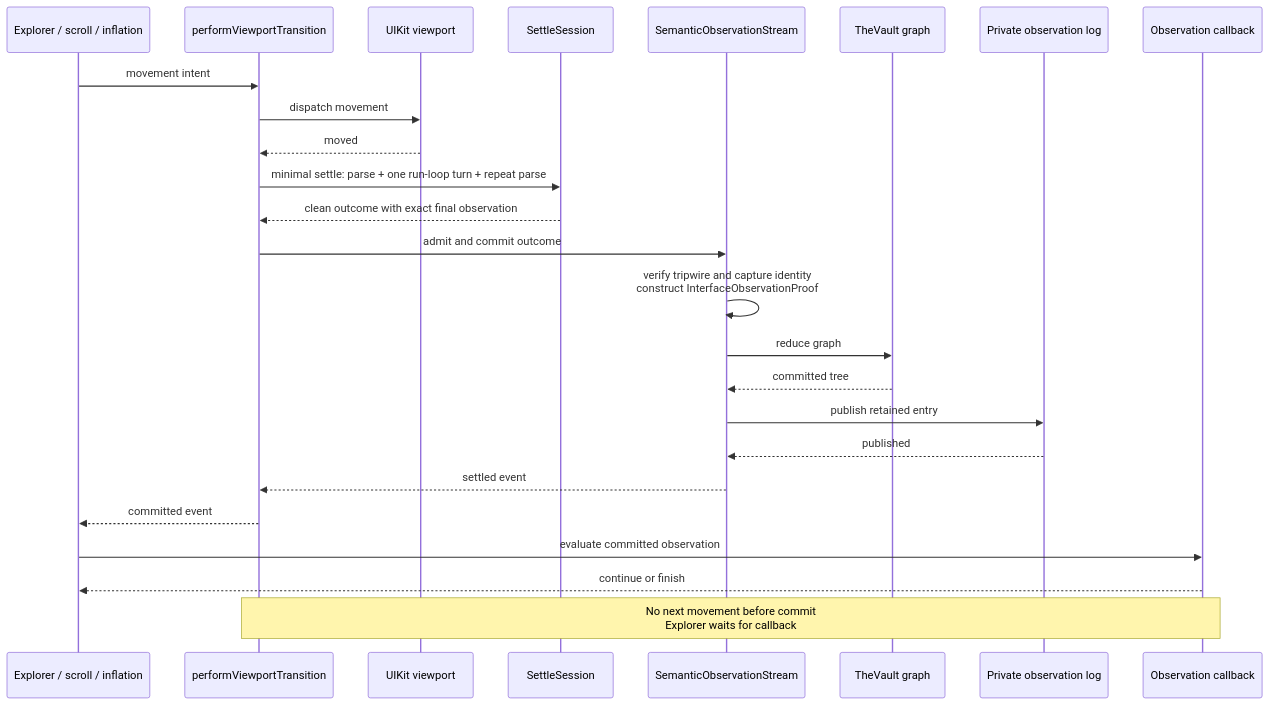
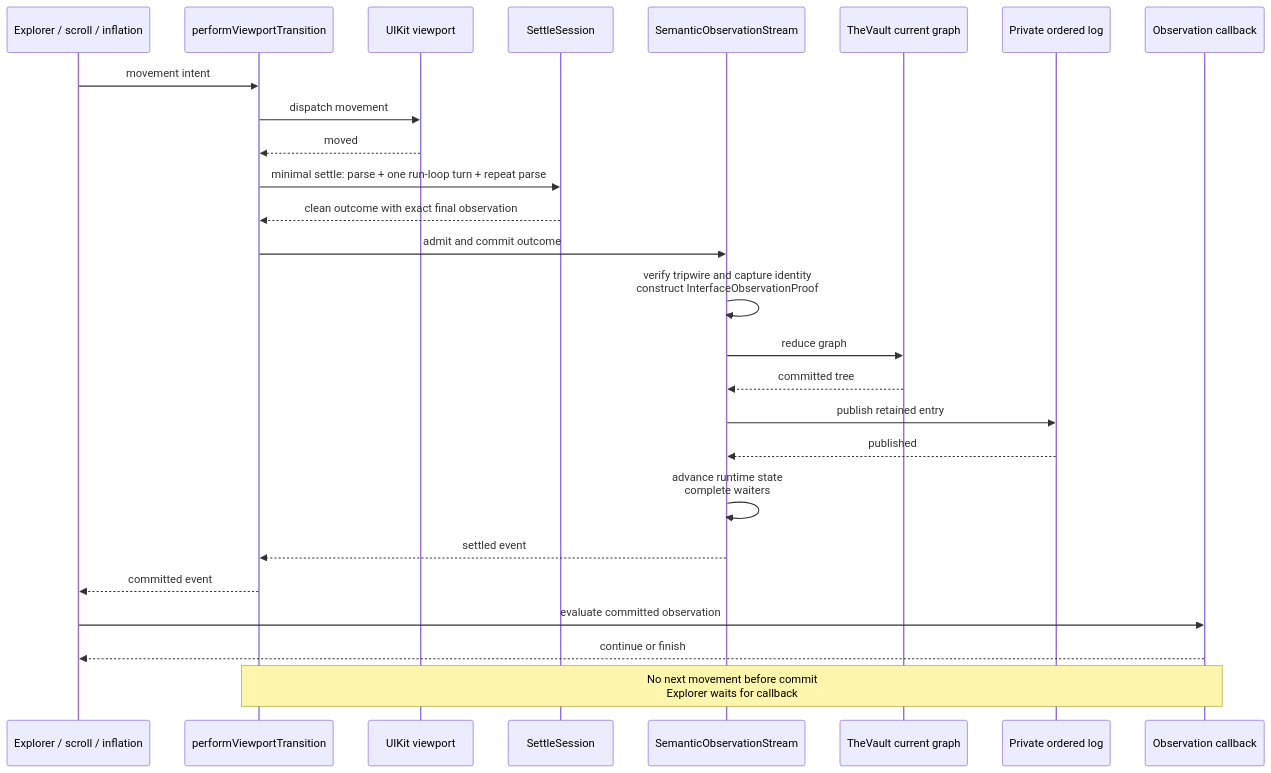
Before and after one commit to RoyalPineapple/TheButtonHeist: the second of 5 diagrams in docs/diagrams/observation-pipeline.md, drawn with Mermaid. The commit also changed other lines of this file and 3 other files, not shown here.

````diff
--- a/docs/diagrams/observation-pipeline.md
+++ b/docs/diagrams/observation-pipeline.md
@@ -106,28 +112,29 @@
 ```mermaid
 sequenceDiagram
     participant Caller as Explorer / scroll / inflation
     participant Transition as performViewportTransition
     participant UIKit as UIKit viewport
     participant Settle as SettleSession
     participant Stream as SemanticObservationStream
-    participant Graph as TheVault graph
-    participant Log as Private observation log
+    participant Graph as TheVault current graph
+    participant Log as Private ordered log
     participant Callback as Observation callback
 
     Caller->>Transition: movement intent
     Transition->>UIKit: dispatch movement
     UIKit-->>Transition: moved
     Transition->>Settle: minimal settle: parse + one run-loop turn + repeat parse
     Settle-->>Transition: clean outcome with exact final observation
     Transition->>Stream: admit and commit outcome
     Stream->>Stream: verify tripwire and capture identity<br/>construct InterfaceObservationProof
     Stream->>Graph: reduce graph
     Graph-->>Stream: committed tree
     Stream->>Log: publish retained entry
     Log-->>Stream: published
+    Stream->>Stream: advance runtime state<br/>complete waiters
     Stream-->>Transition: settled event
     Transition-->>Caller: committed event
     Caller->>Callback: evaluate committed observation
     Callback-->>Caller: continue or finish
     Note over Transition,Callback: No next movement before commit<br/>Explorer waits for callback
 ```
````
